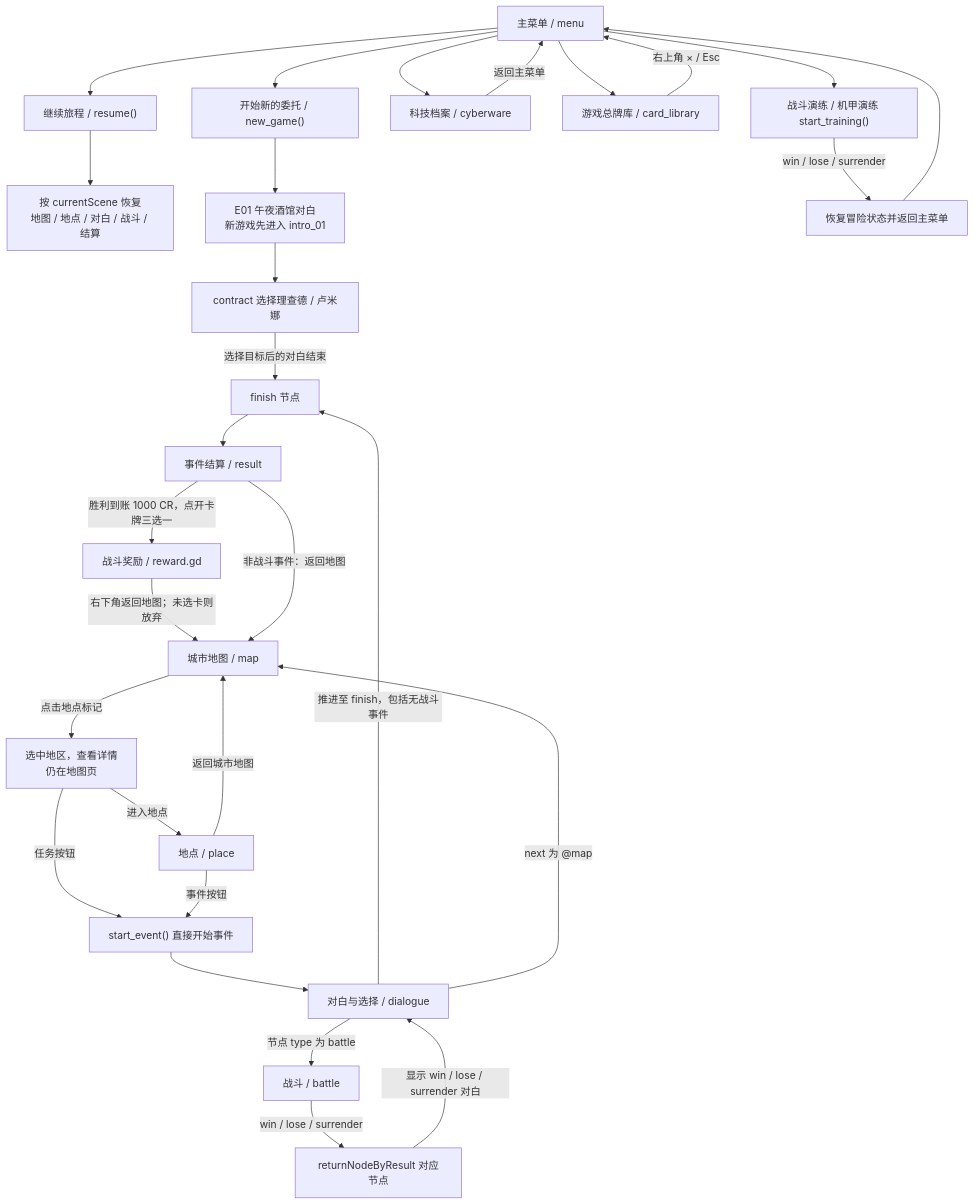
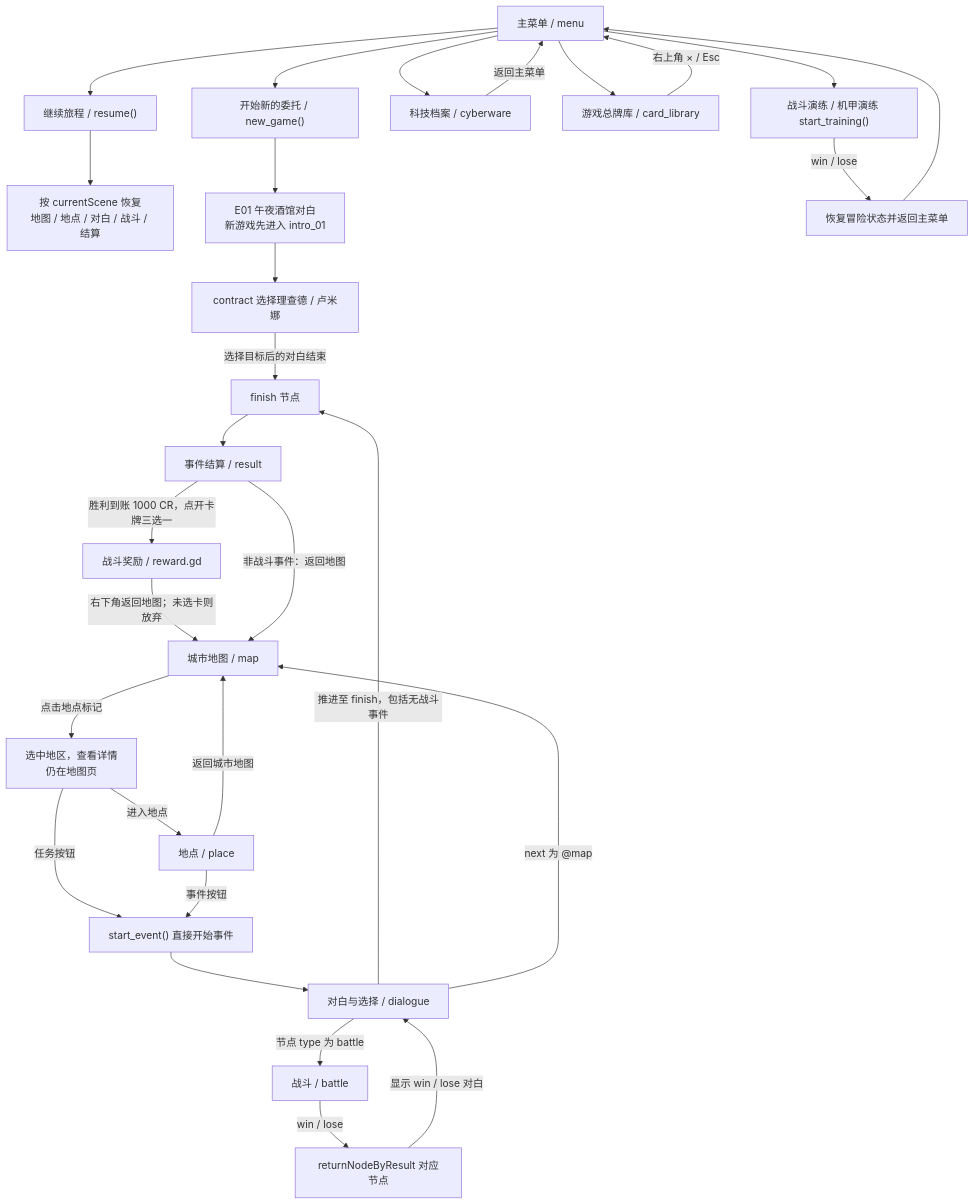
The diagram in docs/游戏流程与路由.md (iris-homework/game-demo), drawn with Mermaid before and after one commit. The commit also changed other lines of this file and 26 other files, not shown here.

````diff
--- a/docs/游戏流程与路由.md
+++ b/docs/游戏流程与路由.md
@@ -36,50 +36,50 @@
 ```mermaid
 flowchart TD
     menu["主菜单 / menu"]
     newgame["开始新的委托 / new_game()"]
     resume["继续旅程 / resume()"]
     restore["按 currentScene 恢复<br/>地图 / 地点 / 对白 / 战斗 / 结算"]
     e01["E01 午夜酒馆对白<br/>新游戏先进入 intro_01"]
     contract["contract 选择理查德 / 卢米娜"]
     map["城市地图 / map"]
     detail["选中地区，查看详情<br/>仍在地图页"]
     place["地点 / place"]
     startEvent["start_event() 直接开始事件"]
     dialogue["对白与选择 / dialogue"]
     battle["战斗 / battle"]
     finishNode["finish 节点"]
     result["事件结算 / result"]
     cyberware["科技档案 / cyberware"]
     library["游戏总牌库 / card_library"]
     training["战斗演练 / 机甲演练 start_training()"]
     trainEnd["恢复冒险状态并返回主菜单"]
 
     menu --> newgame
     menu --> resume
     menu --> cyberware
     menu --> library
     library -->|"右上角 × / Esc"| menu
     menu --> training
     newgame --> e01
     resume --> restore
     e01 --> contract
     contract -->|"选择目标后的对白结束"| finishNode
     map -->|"点击地点标记"| detail
     detail -->|"进入地点"| place
     detail -->|"任务按钮"| startEvent
     place -->|"事件按钮"| startEvent
     place -->|"返回城市地图"| map
     startEvent --> dialogue
     dialogue -->|"节点 type 为 battle"| battle
     dialogue -->|"推进至 finish，包括无战斗事件"| finishNode
     dialogue -->|"next 为 @map"| map
-    battle -->|"win / lose / surrender"| ret["returnNodeByResult 对应节点"]
-    ret -->|"显示 win / lose / surrender 对白"| dialogue
+    battle -->|"win / lose"| ret["returnNodeByResult 对应节点"]
+    ret -->|"显示 win / lose 对白"| dialogue
     finishNode --> result
     result -->|"胜利到账 1000 CR，点开卡牌三选一"| choice["战斗奖励 / reward.gd"]
     choice -->|"右下角返回地图；未选卡则放弃"| map
     result -->|"非战斗事件：返回地图"| map
-    training -->|"win / lose / surrender"| trainEnd
+    training -->|"win / lose"| trainEnd
     trainEnd --> menu
     cyberware -->|"返回主菜单"| menu
 ```
````
